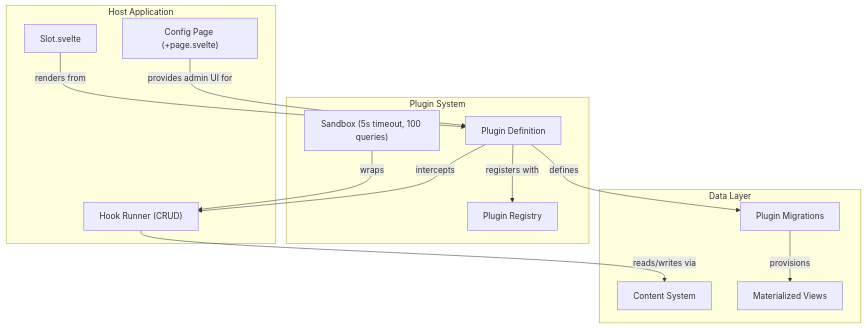
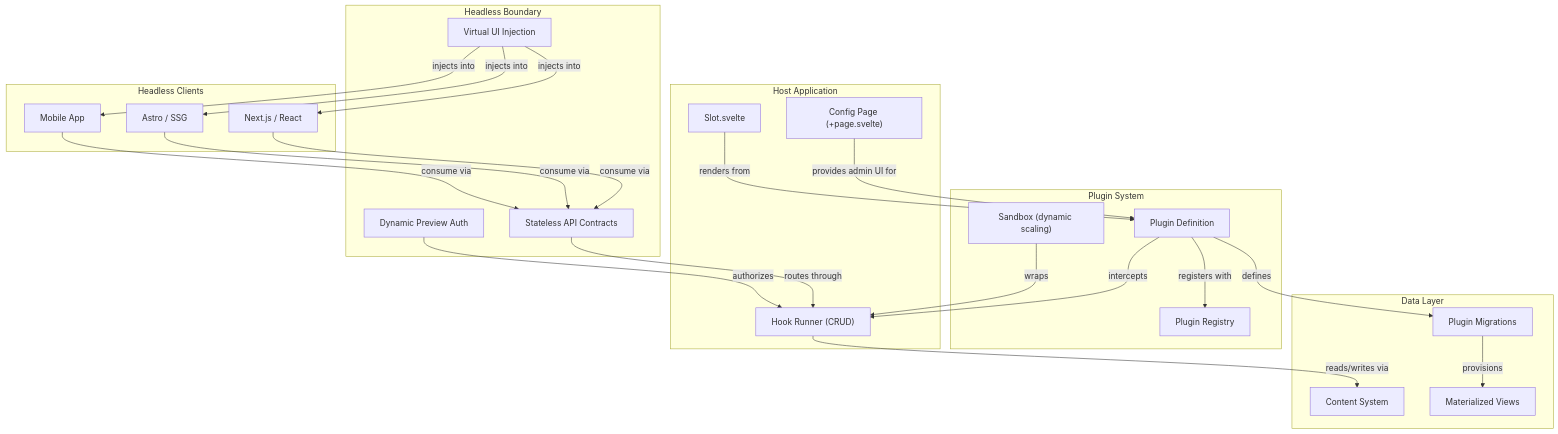
One commit to SveltyCMS/SveltyCMS changed the diagram in docs/guides/development/plugin/architecture.mdx. Above: the diagram before and after it, drawn with Mermaid. The commit also changed other lines of this file and 19 other files, not shown here.

````diff
--- a/docs/guides/development/plugin/architecture.mdx
+++ b/docs/guides/development/plugin/architecture.mdx
@@ -25,29 +26,45 @@
 ```mermaid
 graph TD
     subgraph "Plugin System"
         Registry["Plugin Registry"]
         Plugin["Plugin Definition"]
-        Sandbox["Sandbox (5s timeout, 100 queries)"]
+        Sandbox["Sandbox (dynamic scaling)"]
+    end
+
+    subgraph "Headless Clients"
+        NextJS["Next.js / React"]
+        Astro["Astro / SSG"]
+        Mobile["Mobile App"]
+    end
+
+    subgraph "Headless Boundary"
+        API["Stateless API Contracts"]
+        Preview["Dynamic Preview Auth"]
+        Slots["Virtual UI Injection"]
     end
 
     subgraph "Host Application"
         ConfigPage["Config Page (+page.svelte)"]
         SlotComp["Slot.svelte"]
         HookRunner["Hook Runner (CRUD)"]
     end
 
     subgraph "Data Layer"
         Content["Content System"]
         Migrations["Plugin Migrations"]
         MV["Materialized Views"]
     end
 
     Plugin -->|registers with| Registry
     Plugin -->|defines| Migrations
     Plugin -->|intercepts| HookRunner
+    NextJS & Astro & Mobile -->|consume via| API
+    API -->|routes through| HookRunner
+    Preview -->|authorizes| HookRunner
+    Slots -->|injects into| NextJS & Astro & Mobile
     ConfigPage -->|provides admin UI for| Plugin
     SlotComp -->|renders from| Plugin
     HookRunner -->|reads/writes via| Content
     Sandbox -->|wraps| HookRunner
     Migrations -->|provisions| MV
 ```
````
